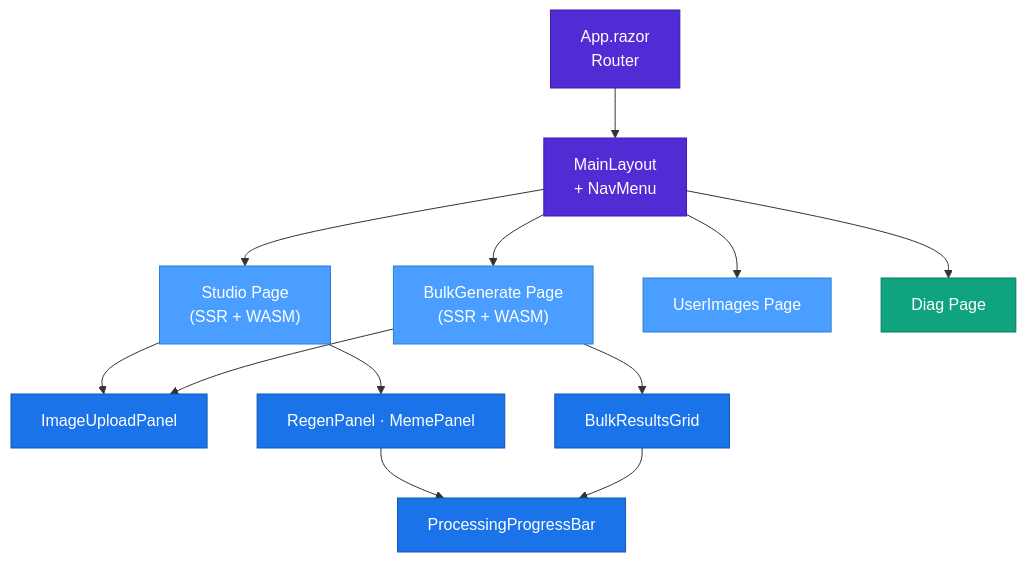
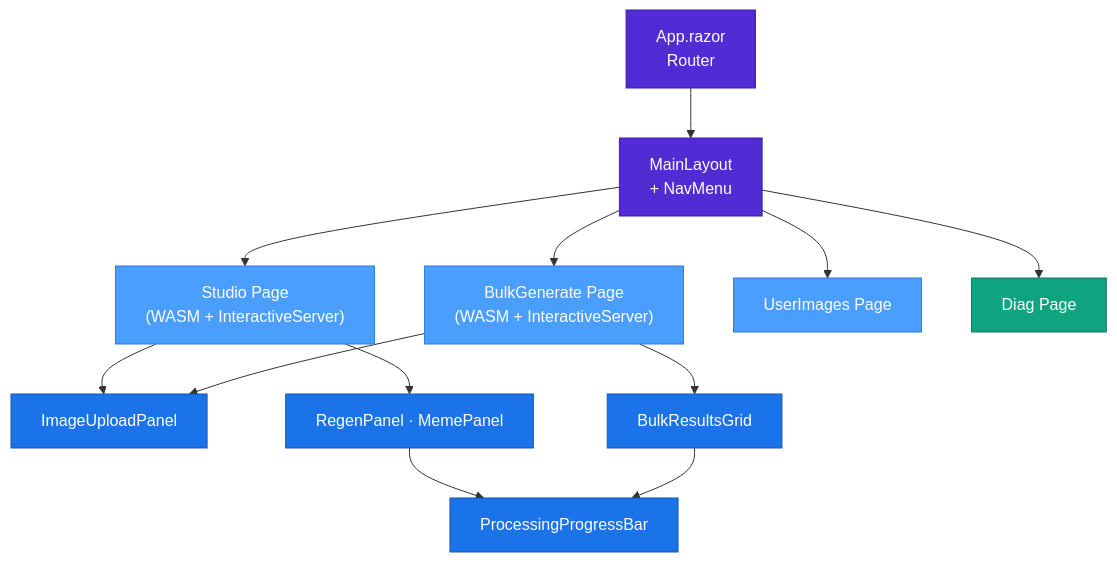
Before and after one commit to punkouter26/PoRedoImage: the diagram in docs/InterfaceHierarchy_MASTER_SIMPLE.mmd, drawn with Mermaid. The commit also changed 38 other files, not shown here.

```diff
--- a/docs/InterfaceHierarchy_MASTER_SIMPLE.mmd
+++ b/docs/InterfaceHierarchy_MASTER_SIMPLE.mmd
@@ -1,22 +1,22 @@
 flowchart TB
     App["App.razor\nRouter"] --> Layout["MainLayout\n+ NavMenu"]
-    Layout --> Studio["Studio Page\n(SSR + WASM)"]
-    Layout --> Bulk["BulkGenerate Page\n(SSR + WASM)"]
+    Layout --> Studio["Studio Page\n(WASM + InteractiveServer)"]
+    Layout --> Bulk["BulkGenerate Page\n(WASM + InteractiveServer)"]
     Layout --> Images["UserImages Page"]
     Layout --> Diag["Diag Page"]
     Studio --> UploadPanel["ImageUploadPanel"]
     Studio --> ResultPanels["RegenPanel · MemePanel"]
     Bulk --> UploadPanel
     Bulk --> BulkGrid["BulkResultsGrid"]
     ResultPanels & BulkGrid --> ProgressBar["ProcessingProgressBar"]
 
     style App fill:#512bd4,stroke:#3a1fa8,color:#fff
     style Layout fill:#512bd4,stroke:#3a1fa8,color:#fff
     style Studio fill:#4a9eff,stroke:#2a7fd4,color:#fff
     style Bulk fill:#4a9eff,stroke:#2a7fd4,color:#fff
     style Images fill:#4a9eff,stroke:#2a7fd4,color:#fff
     style Diag fill:#10a37f,stroke:#0a7a5f,color:#fff
     style UploadPanel fill:#1a73e8,stroke:#1259b5,color:#fff
     style ResultPanels fill:#1a73e8,stroke:#1259b5,color:#fff
     style BulkGrid fill:#1a73e8,stroke:#1259b5,color:#fff
     style ProgressBar fill:#1a73e8,stroke:#1259b5,color:#fff
```
